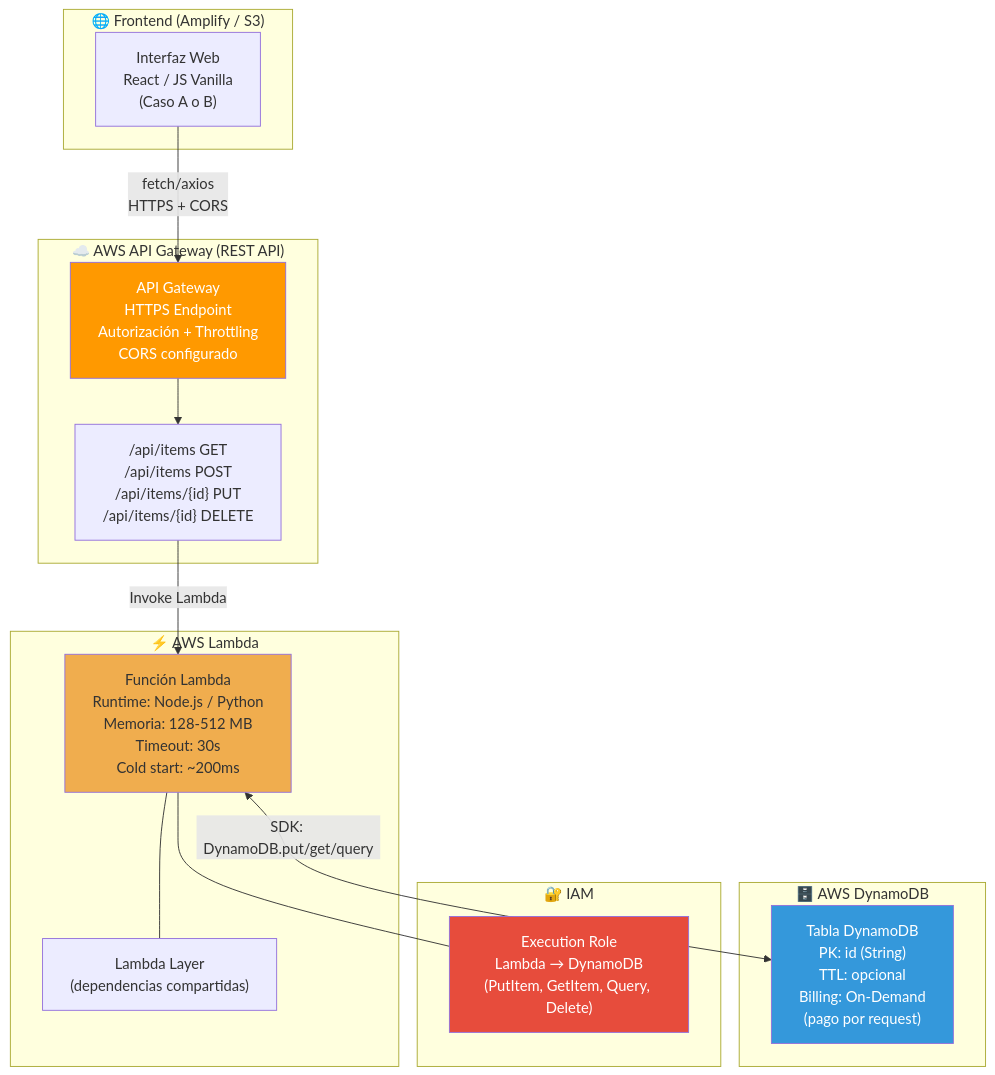
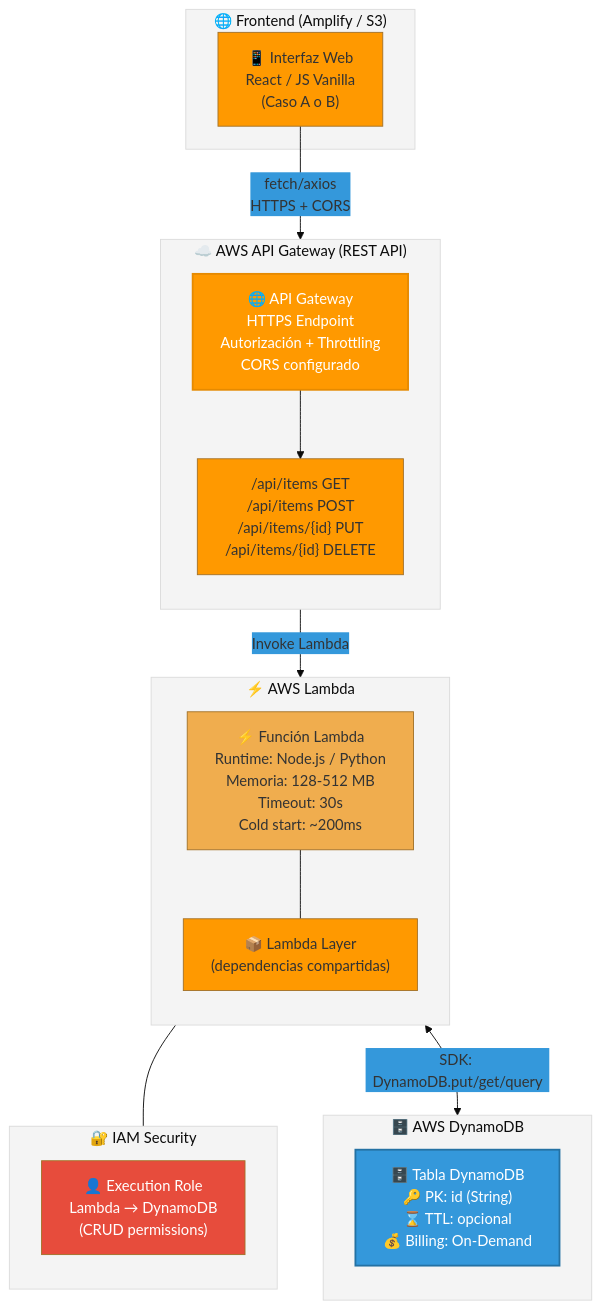
Before and after one commit to vladimiracunadev-create/proyectos-aws: the first of 4 diagrams in caso-d-serverless-basic/docs/architecture.md, drawn with Mermaid. The commit also changed other lines of this file and 6 other files, not shown here.

Commit message:
docs: mass optimization of architecture diagrams for all completed cases (A, B, C, D, J, K, L) - vertical flow and premium styles

````diff
--- a/caso-d-serverless-basic/docs/architecture.md
+++ b/caso-d-serverless-basic/docs/architecture.md
@@ -21,36 +21,41 @@
 ```mermaid
+%%{init: {'theme': 'base', 'themeVariables': { 'primaryColor': '#FF9900', 'secondaryColor': '#3498DB', 'tertiaryColor': '#f4f4f4', 'fontsize': '16px' }}}%%
 graph TB
     subgraph Frontend["🌐 Frontend (Amplify / S3)"]
-        UI["Interfaz Web\nReact / JS Vanilla\n(Caso A o B)"]
+        UI["📱 Interfaz Web\nReact / JS Vanilla\n(Caso A o B)"]
     end
 
     subgraph APILayer["☁️ AWS API Gateway (REST API)"]
-        APIGW["API Gateway\nHTTPS Endpoint\nAutorización + Throttling\nCORS configurado"]
+        direction TB
+        APIGW["🌐 API Gateway\nHTTPS Endpoint\nAutorización + Throttling\nCORS configurado"]
         Routes["/api/items GET\n/api/items POST\n/api/items/{id} PUT\n/api/items/{id} DELETE"]
     end
 
     subgraph Compute["⚡ AWS Lambda"]
-        Lambda["Función Lambda\nRuntime: Node.js / Python\nMemoria: 128-512 MB\nTimeout: 30s\nCold start: ~200ms"]
-        Layer["Lambda Layer\n(dependencias compartidas)"]
+        direction TB
+        Lambda["⚡ Función Lambda\nRuntime: Node.js / Python\nMemoria: 128-512 MB\nTimeout: 30s\nCold start: ~200ms"]
+        Layer["📦 Lambda Layer\n(dependencias compartidas)"]
     end
 
     subgraph Data["🗄️ AWS DynamoDB"]
-        Table["Tabla DynamoDB\nPK: id (String)\nTTL: opcional\nBilling: On-Demand\n(pago por request)"]
+        direction TB
+        Table["🗄️ Tabla DynamoDB\n🔑 PK: id (String)\n⌛ TTL: opcional\n💰 Billing: On-Demand"]
     end
 
-    subgraph IAM["🔐 IAM"]
-        Role["Execution Role\nLambda → DynamoDB\n(PutItem, GetItem, Query, Delete)"]
+    subgraph IAM["🔐 IAM Security"]
+        direction TB
+        Role["👤 Execution Role\nLambda → DynamoDB\n(CRUD permissions)"]
     end
 
     UI -->|"fetch/axios\nHTTPS + CORS"| APIGW
     APIGW --> Routes
     Routes -->|"Invoke Lambda"| Lambda
     Lambda --- Layer
     Lambda <-->|"SDK: DynamoDB.put/get/query"| Table
     Lambda --- Role
 
-    style APIGW fill:#FF9900,color:#fff
+    style APIGW fill:#FF9900,color:#fff,stroke:#e68a00,stroke-width:2px
     style Lambda fill:#F0AD4E,color:#333
-    style Table fill:#3498DB,color:#fff
+    style Table fill:#3498DB,color:#fff,stroke:#2471a3,stroke-width:2px
     style Role fill:#E74C3C,color:#fff
 ```
````
